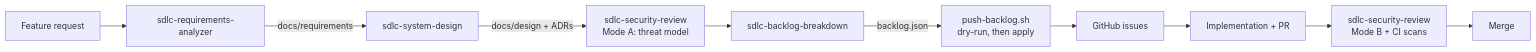
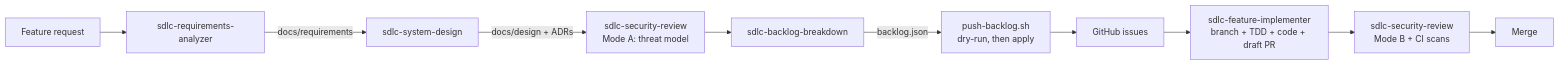
The diagram in README.md (rishikesh-net/sdlc-orchestrai), drawn with Mermaid before and after one commit. The commit also changed other lines of this file and 9 other files, not shown here.

Commit message:
feat(phase2): add sdlc-feature-implementer skill and lifecycle docs

````diff
--- a/README.md
+++ b/README.md
@@ -42,12 +42,12 @@
 ```mermaid
 flowchart LR
   A[Feature request] --> B[sdlc-requirements-analyzer]
   B -->|docs/requirements| C[sdlc-system-design]
   C -->|docs/design + ADRs| D[sdlc-security-review<br/>Mode A: threat model]
   D --> E[sdlc-backlog-breakdown]
   E -->|backlog.json| F[push-backlog.sh<br/>dry-run, then apply]
   F --> G[GitHub issues]
-  G --> H[Implementation + PR]
+  G --> H[sdlc-feature-implementer<br/>branch + TDD + code + draft PR]
   H --> I[sdlc-security-review<br/>Mode B + CI scans]
   I --> J[Merge]
 ```
````
